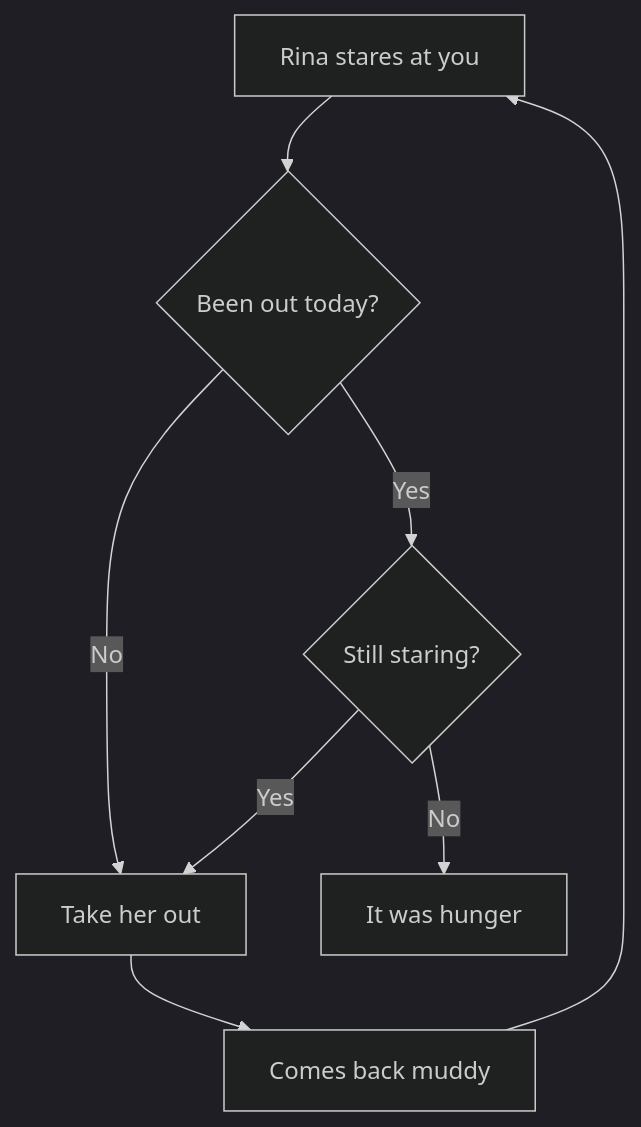
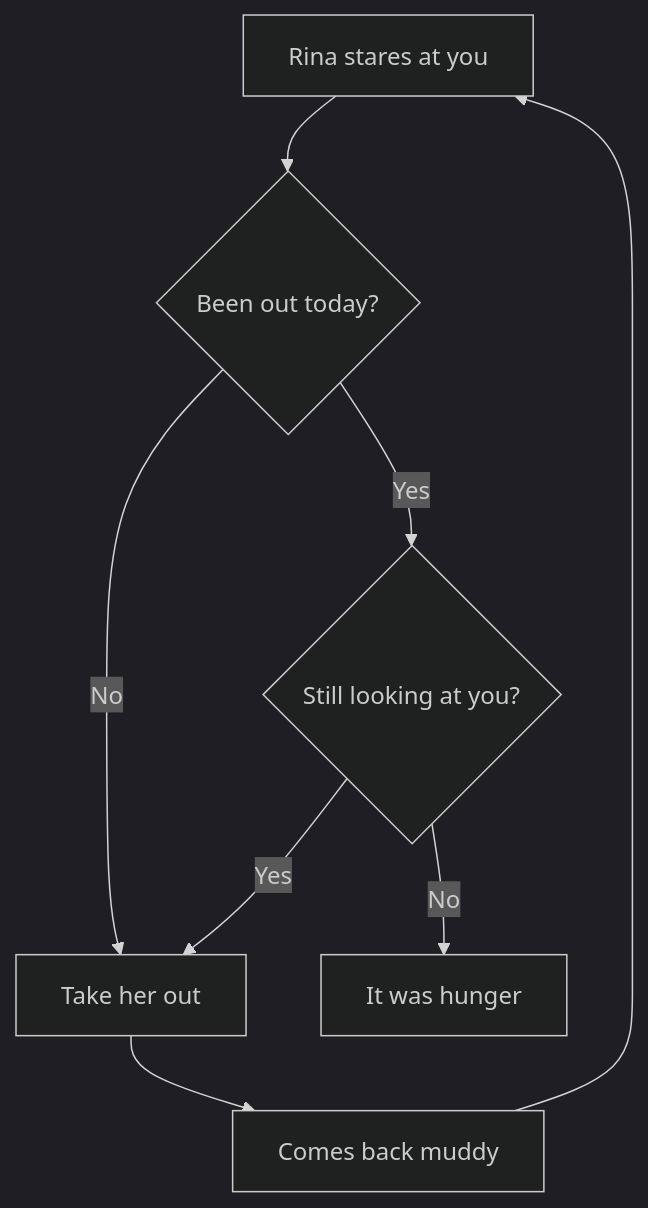
One commit to rgdevment/Tisty changed the diagram in app/src-tauri/resources/guide/en/code.md. Above: the diagram before and after it, drawn with Mermaid (dark theme). The commit also changed other lines of this file and 7 other files, not shown here.

````diff
--- a/app/src-tauri/resources/guide/en/code.md
+++ b/app/src-tauri/resources/guide/en/code.md
@@ -19,10 +19,10 @@
 ```mermaid
 flowchart TD
   A[Rina stares at you] --> B{Been out today?}
   B -- No --> C[Take her out]
-  B -- Yes --> D{Still staring?}
+  B -- Yes --> D{Still looking at you?}
   D -- Yes --> C
   D -- No --> E[It was hunger]
   C --> F[Comes back muddy]
   F --> A
 ```
````
